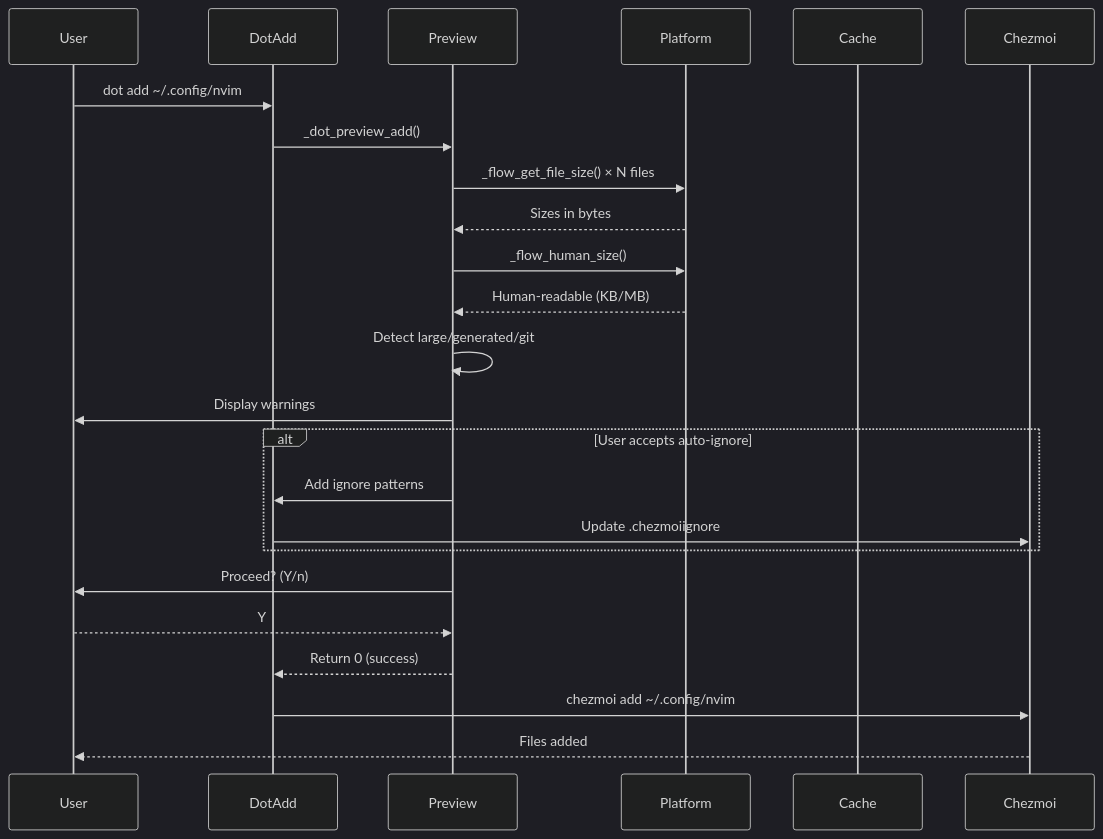
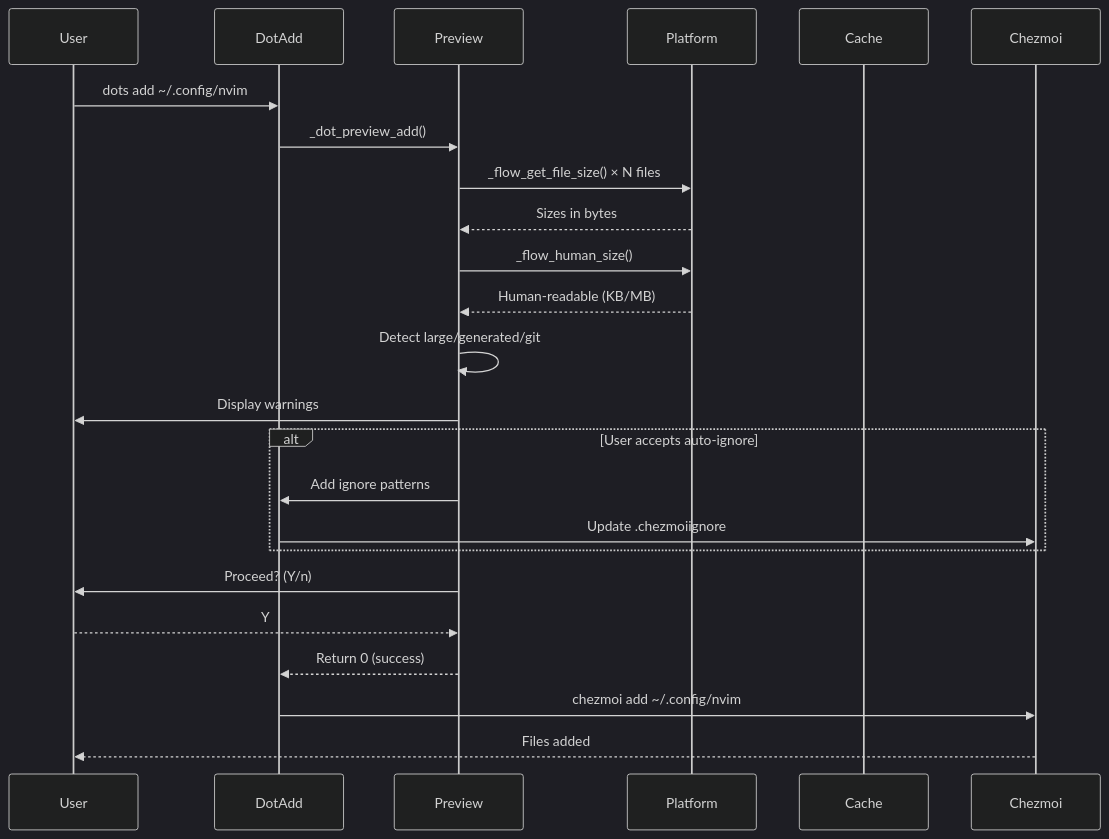
Diagram 11 of 15 in docs/architecture/DOT-SAFETY-ARCHITECTURE.md (Data-Wise/flow-cli), drawn with Mermaid (dark theme) before and after one commit. The commit also changed other lines of this file and 91 other files, not shown here.

First line of the commit message:
feat: split dot dispatcher into dots, sec, tok (#381)

````diff
--- a/docs/architecture/DOT-SAFETY-ARCHITECTURE.md
+++ b/docs/architecture/DOT-SAFETY-ARCHITECTURE.md
@@ -591,33 +591,33 @@
 ```mermaid
 sequenceDiagram
     participant User
     participant DotAdd
     participant Preview
     participant Platform
     participant Cache
     participant Chezmoi
 
-    User->>DotAdd: dot add ~/.config/nvim
+    User->>DotAdd: dots add ~/.config/nvim
     DotAdd->>Preview: _dot_preview_add()
 
     Preview->>Platform: _flow_get_file_size() × N files
     Platform-->>Preview: Sizes in bytes
 
     Preview->>Platform: _flow_human_size()
     Platform-->>Preview: Human-readable (KB/MB)
 
     Preview->>Preview: Detect large/generated/git
     Preview->>User: Display warnings
 
     alt User accepts auto-ignore
         Preview->>DotAdd: Add ignore patterns
         DotAdd->>Chezmoi: Update .chezmoiignore
     end
 
     Preview->>User: Proceed? (Y/n)
     User-->>Preview: Y
 
     Preview-->>DotAdd: Return 0 (success)
     DotAdd->>Chezmoi: chezmoi add ~/.config/nvim
     Chezmoi-->>User: Files added
 ```
````
